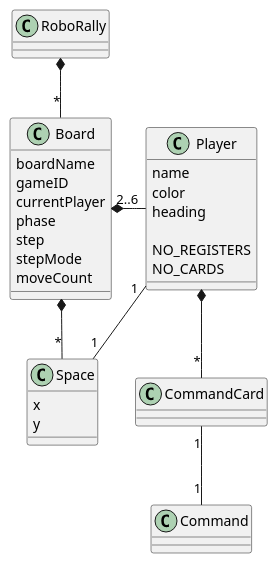
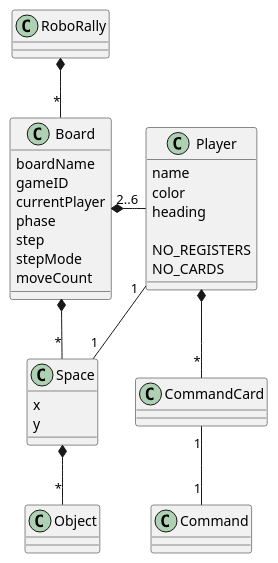
The diagram in src/main/resources/DomainModel.puml (DTUSoftware/RoboRally-F22), drawn with PlantUML before and after one commit.

Commit message:
Update domain model to include object on space

```diff
--- a/src/main/resources/DomainModel.puml
+++ b/src/main/resources/DomainModel.puml
@@ -1,44 +1,48 @@
 @startuml
 'https://plantuml.com/class-diagram
 
 class RoboRally {
 }
 
 class Board {
     boardName
     gameID
     currentPlayer
     phase
     step
     stepMode
     moveCount
 }
 
 class Player {
     name
     color
     heading
 
     NO_REGISTERS
     NO_CARDS
 }
 
 class Space {
     x
     y
 }
 
+class Object {
+}
+
 class CommandCard {
 
 }
 
 class Command {
 }
 
 RoboRally *-- "*" Board
 Board *--r "2..6" Player
 Board *-- "*" Space
+Space *-- "*" Object
 Player *-- "*" CommandCard
 CommandCard "1" -- "1" Command
 Player "1" -- "1" Space
 @enduml
```
